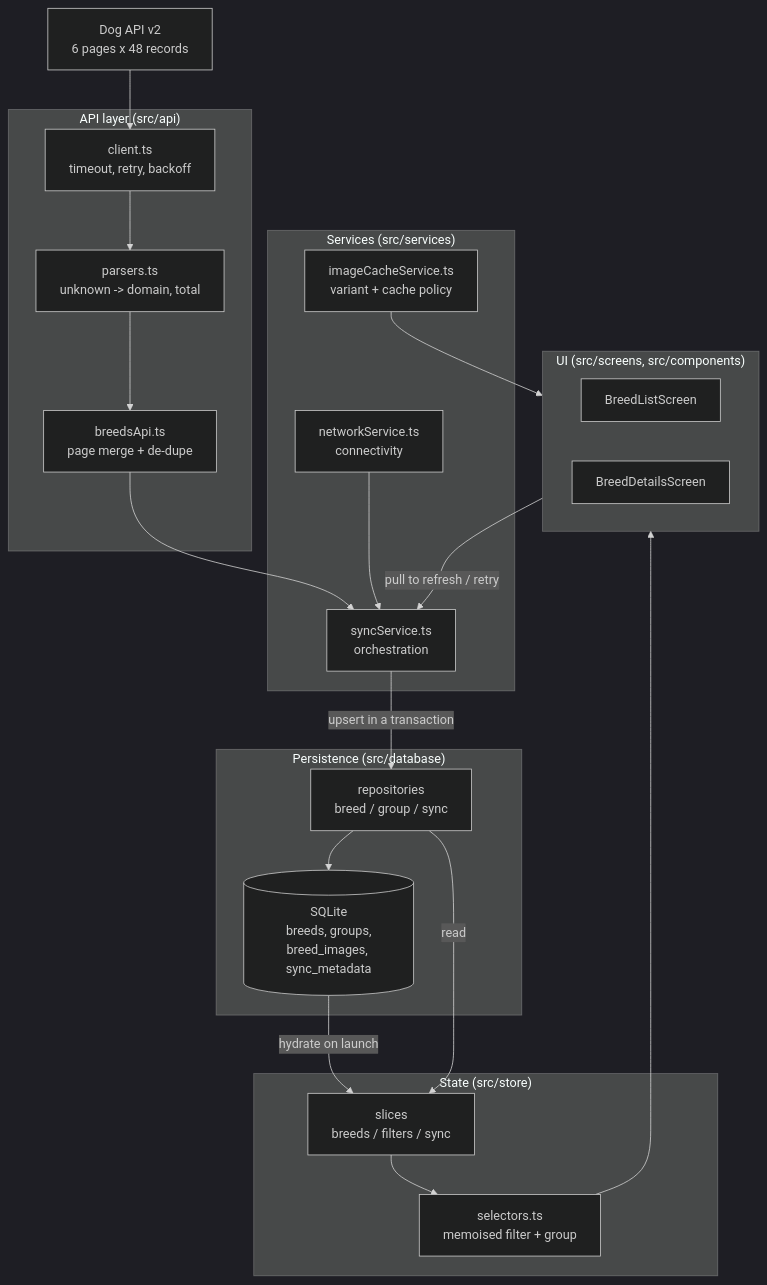
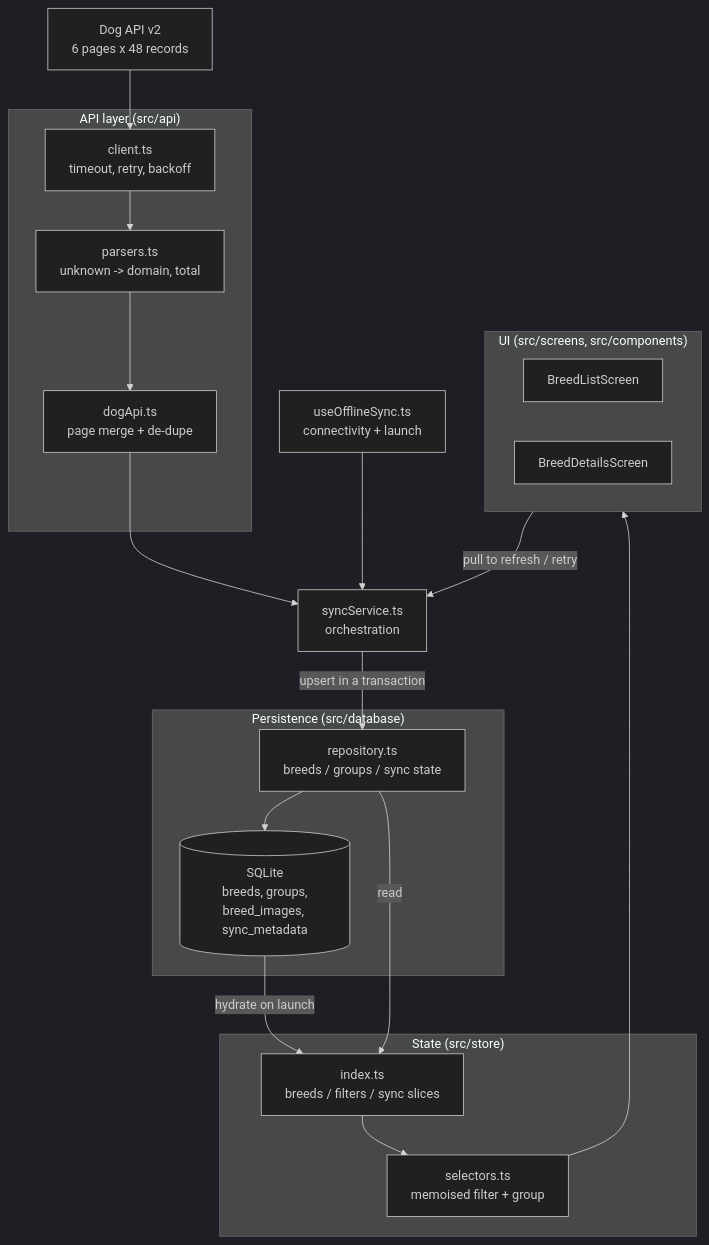
Before and after one commit to narenjaat/dog-breed-explorer: the diagram in docs/ARCHITECTURE.md, drawn with Mermaid (dark theme). The commit also changed other lines of this file and 65 other files, not shown here.

First line of the commit message:
Consolidate src into 22 files and drop unused sync fields

````diff
--- a/docs/ARCHITECTURE.md
+++ b/docs/ARCHITECTURE.md
@@ -11,40 +11,36 @@
 ```mermaid
 flowchart TD
     API["Dog API v2<br/>6 pages x 48 records"]
 
     subgraph APILayer["API layer (src/api)"]
         Client["client.ts<br/>timeout, retry, backoff"]
         Parsers["parsers.ts<br/>unknown -> domain, total"]
-        Merge["breedsApi.ts<br/>page merge + de-dupe"]
+        Merge["dogApi.ts<br/>page merge + de-dupe"]
     end
 
-    subgraph SyncLayer["Services (src/services)"]
-        Sync["syncService.ts<br/>orchestration"]
-        Net["networkService.ts<br/>connectivity"]
-        ImgCache["imageCacheService.ts<br/>variant + cache policy"]
-    end
+    Sync["syncService.ts<br/>orchestration"]
+    Net["useOfflineSync.ts<br/>connectivity + launch"]
 
     subgraph DB["Persistence (src/database)"]
-        Repos["repositories<br/>breed / group / sync"]
+        Repos["repository.ts<br/>breeds / groups / sync state"]
         SQLite[("SQLite<br/>breeds, groups,<br/>breed_images, sync_metadata")]
     end
 
     subgraph State["State (src/store)"]
-        Slices["slices<br/>breeds / filters / sync"]
+        Slices["index.ts<br/>breeds / filters / sync slices"]
         Selectors["selectors.ts<br/>memoised filter + group"]
     end
 
     subgraph UI["UI (src/screens, src/components)"]
         List["BreedListScreen"]
         Details["BreedDetailsScreen"]
     end
 
     API --> Client --> Parsers --> Merge --> Sync
     Net --> Sync
     Sync -->|upsert in a transaction| Repos --> SQLite
     SQLite -->|hydrate on launch| Slices
     Repos -->|read| Slices
     Slices --> Selectors --> UI
-    ImgCache --> UI
     UI -->|pull to refresh / retry| Sync
 ```
````
